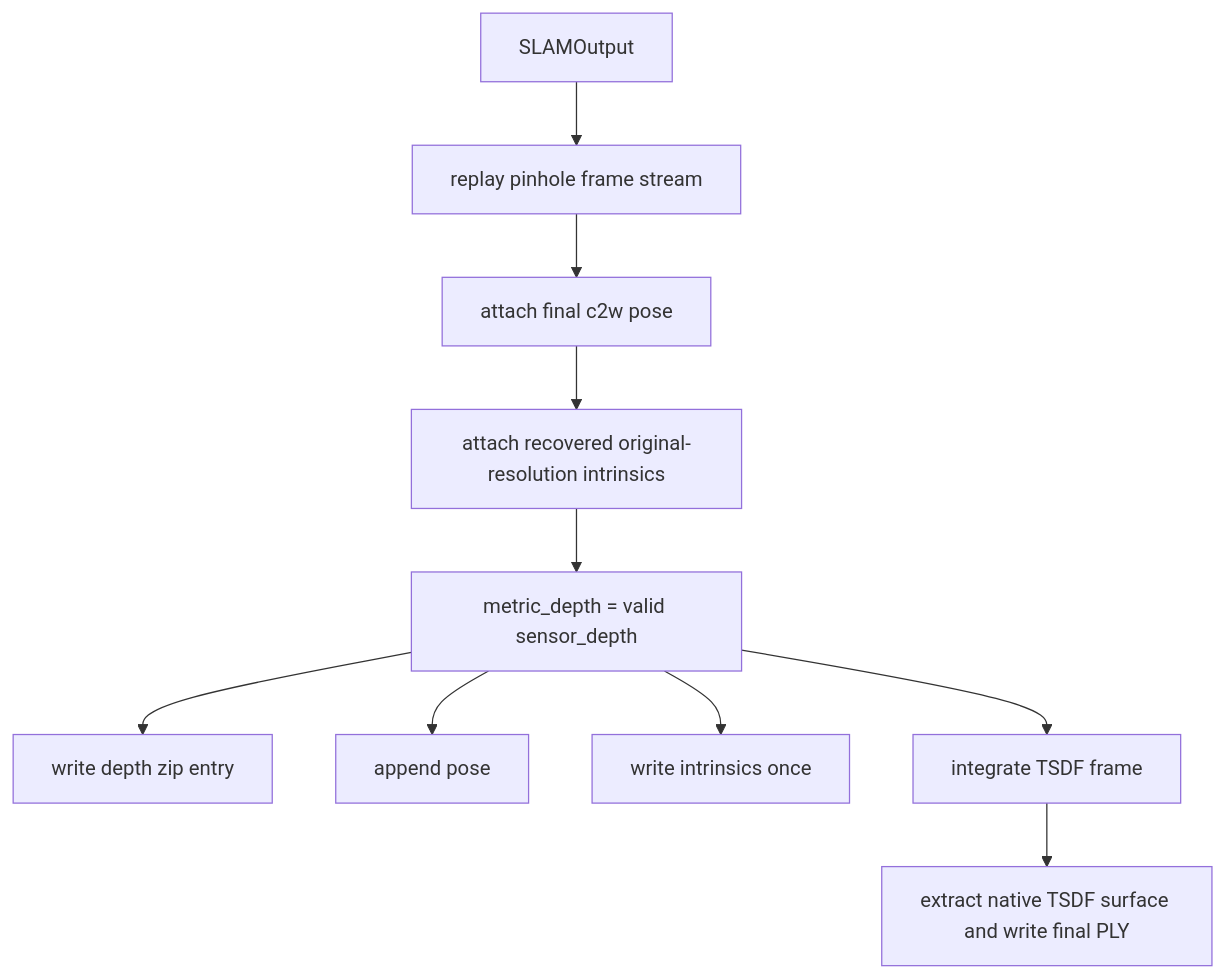
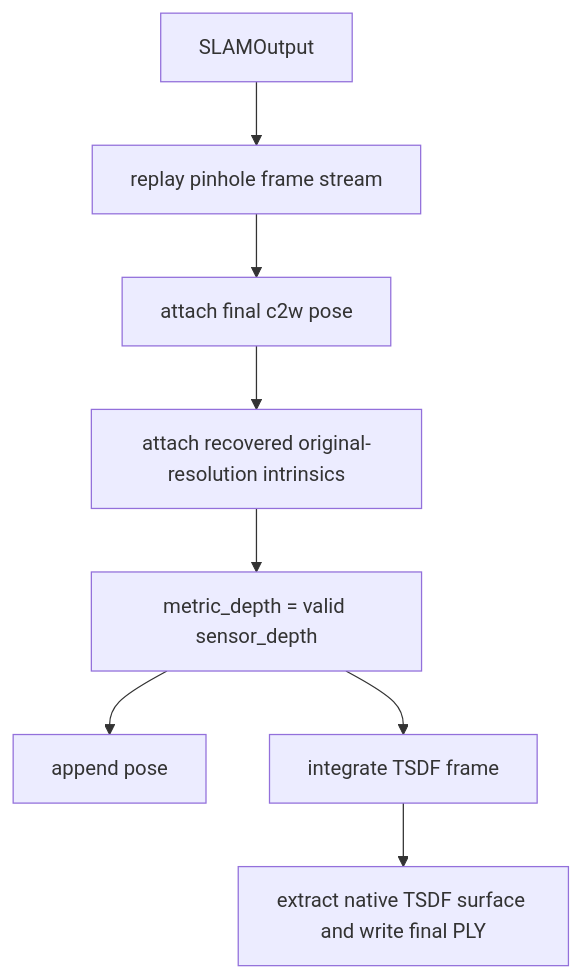
One commit to sadanand1120/vipe changed the sixth of 6 diagrams in fullexplain.md. Above: the diagram before and after it, drawn with Mermaid. The commit also changed other lines of this file and 6 other files, not shown here.

````diff
--- a/fullexplain.md
+++ b/fullexplain.md
@@ -721,12 +891,10 @@
 ```mermaid
 flowchart TD
     A[SLAMOutput] --> B[replay pinhole frame stream]
     B --> C[attach final c2w pose]
     C --> D[attach recovered original-resolution intrinsics]
     D --> E[metric_depth = valid sensor_depth]
-    E --> F[write depth zip entry]
-    E --> G[append pose]
-    E --> H[write intrinsics once]
-    E --> I[integrate TSDF frame]
-    I --> J[extract native TSDF surface and write final PLY]
+    E --> F[append pose]
+    E --> G[integrate TSDF frame]
+    G --> H[extract native TSDF surface and write final PLY]
 ```
````
